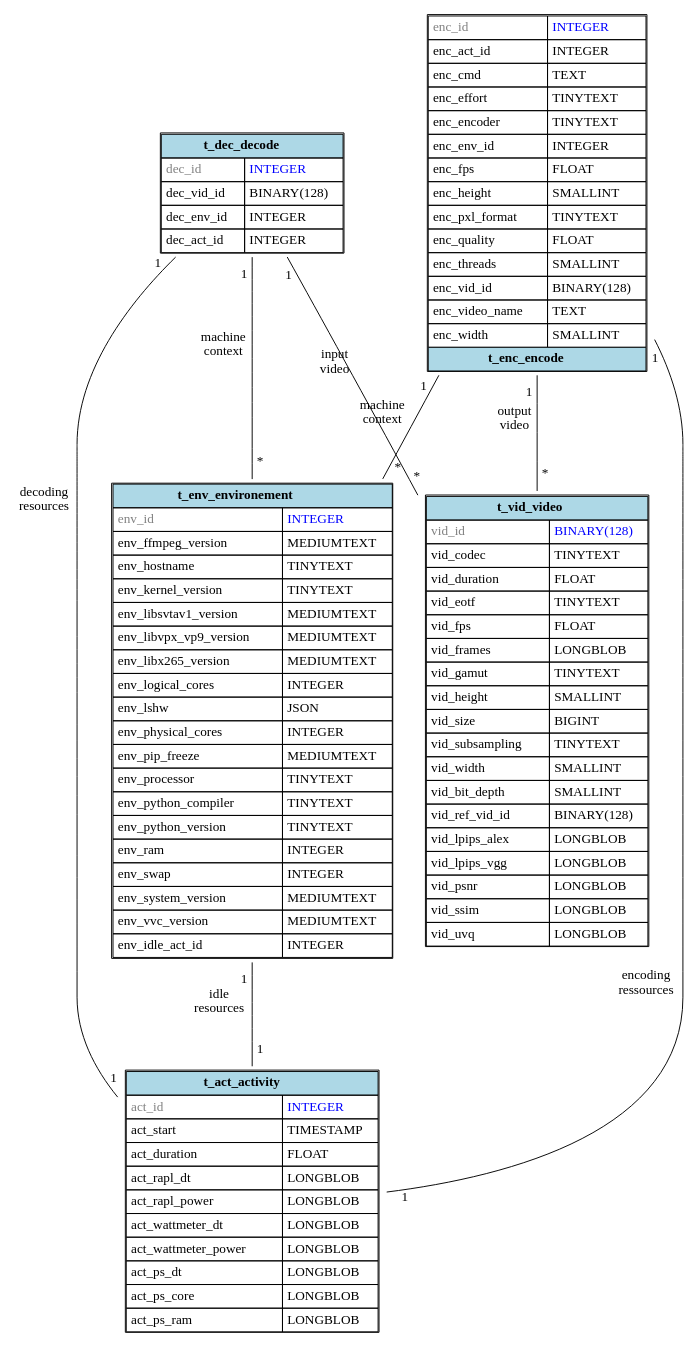
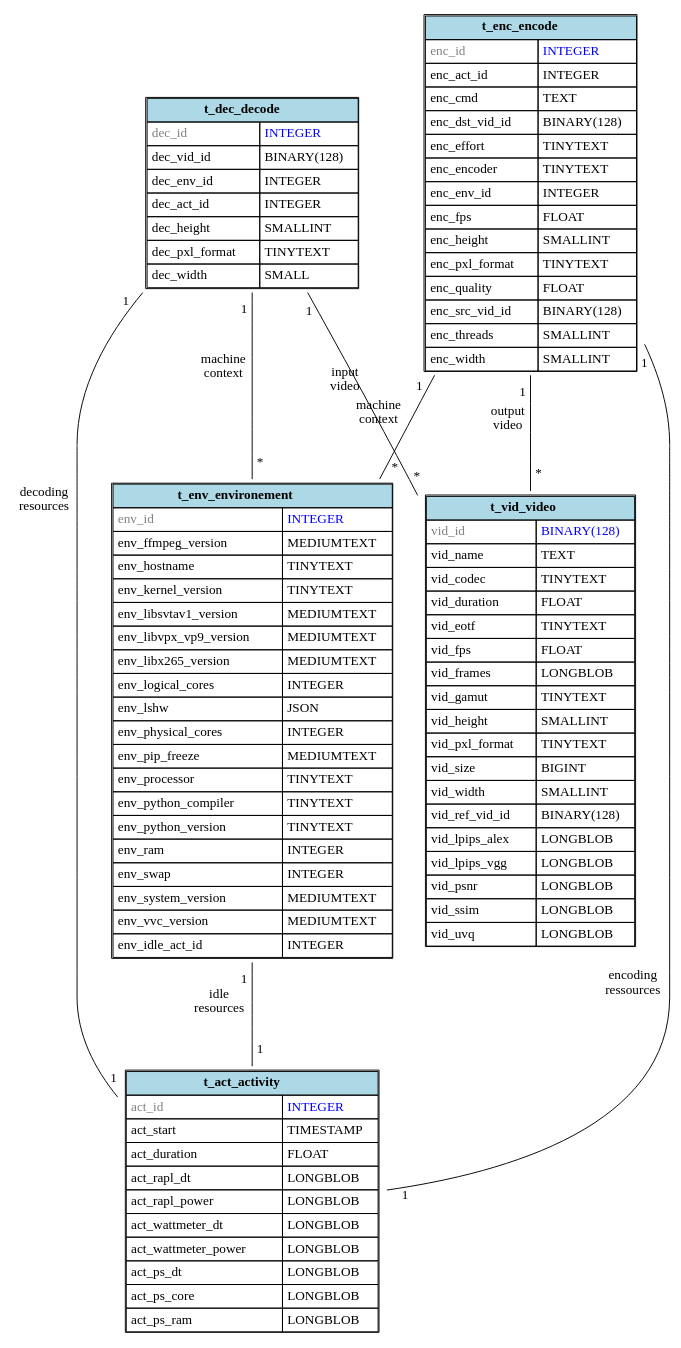
The diagram in docs/images/database.dot (robinechuca/mendevi), drawn with Graphviz before and after one commit. The commit also changed 7 other files, not shown here.

Commit message:
link src video while encode

```diff
--- a/docs/images/database.dot
+++ b/docs/images/database.dot
@@ -1,111 +1,114 @@
 # dot -Tsvg database.dot > database.svg
 graph database {
   node [shape=plaintext]
   t_act_activity [
     label=<
       <TABLE BORDER="1" CELLBORDER="1" CELLSPACING="0" CELLPADDING="4">
         <TR><TD COLSPAN="2" BGCOLOR="lightblue"><B>t_act_activity</B></TD></TR>
         <TR><TD ALIGN="LEFT"><FONT COLOR="gray">act_id</FONT></TD><TD ALIGN="LEFT"><FONT COLOR="blue">INTEGER</FONT></TD></TR>
         <TR><TD ALIGN="LEFT">act_start</TD><TD ALIGN="LEFT">TIMESTAMP</TD></TR>
         <TR><TD ALIGN="LEFT">act_duration</TD><TD ALIGN="LEFT">FLOAT</TD></TR>
         <TR><TD ALIGN="LEFT">act_rapl_dt</TD><TD ALIGN="LEFT">LONGBLOB</TD></TR>
         <TR><TD ALIGN="LEFT">act_rapl_power</TD><TD ALIGN="LEFT">LONGBLOB</TD></TR>
         <TR><TD ALIGN="LEFT">act_wattmeter_dt</TD><TD ALIGN="LEFT">LONGBLOB</TD></TR>
         <TR><TD ALIGN="LEFT">act_wattmeter_power</TD><TD ALIGN="LEFT">LONGBLOB</TD></TR>
         <TR><TD ALIGN="LEFT">act_ps_dt</TD><TD ALIGN="LEFT">LONGBLOB</TD></TR>
         <TR><TD ALIGN="LEFT">act_ps_core</TD><TD ALIGN="LEFT">LONGBLOB</TD></TR>
         <TR><TD ALIGN="LEFT">act_ps_ram</TD><TD ALIGN="LEFT">LONGBLOB</TD></TR>
       </TABLE>
     >
   ];
   t_vid_video [
     label=<
       <TABLE BORDER="1" CELLBORDER="1" CELLSPACING="0" CELLPADDING="4">
         <TR><TD COLSPAN="2" BGCOLOR="lightblue"><B>t_vid_video</B></TD></TR>
         <TR><TD ALIGN="LEFT"><FONT COLOR="gray">vid_id</FONT></TD><TD ALIGN="LEFT"><FONT COLOR="blue">BINARY(128)</FONT></TD></TR>
+        <TR><TD ALIGN="LEFT">vid_name</TD><TD ALIGN="LEFT">TEXT</TD></TR>
         <TR><TD ALIGN="LEFT">vid_codec</TD><TD ALIGN="LEFT">TINYTEXT</TD></TR>
         <TR><TD ALIGN="LEFT">vid_duration</TD><TD ALIGN="LEFT">FLOAT</TD></TR>
         <TR><TD ALIGN="LEFT">vid_eotf</TD><TD ALIGN="LEFT">TINYTEXT</TD></TR>
         <TR><TD ALIGN="LEFT">vid_fps</TD><TD ALIGN="LEFT">FLOAT</TD></TR>
         <TR><TD ALIGN="LEFT">vid_frames</TD><TD ALIGN="LEFT">LONGBLOB</TD></TR>
         <TR><TD ALIGN="LEFT">vid_gamut</TD><TD ALIGN="LEFT">TINYTEXT</TD></TR>
         <TR><TD ALIGN="LEFT">vid_height</TD><TD ALIGN="LEFT">SMALLINT</TD></TR>
+        <TR><TD ALIGN="LEFT">vid_pxl_format</TD><TD ALIGN="LEFT">TINYTEXT</TD></TR>
         <TR><TD ALIGN="LEFT">vid_size</TD><TD ALIGN="LEFT">BIGINT</TD></TR>
-        <TR><TD ALIGN="LEFT">vid_subsampling</TD><TD ALIGN="LEFT">TINYTEXT</TD></TR>
         <TR><TD ALIGN="LEFT">vid_width</TD><TD ALIGN="LEFT">SMALLINT</TD></TR>
-        <TR><TD ALIGN="LEFT">vid_bit_depth</TD><TD ALIGN="LEFT">SMALLINT</TD></TR>
         <TR><TD ALIGN="LEFT">vid_ref_vid_id</TD><TD ALIGN="LEFT">BINARY(128)</TD></TR>
         <TR><TD ALIGN="LEFT">vid_lpips_alex</TD><TD ALIGN="LEFT">LONGBLOB</TD></TR>
         <TR><TD ALIGN="LEFT">vid_lpips_vgg</TD><TD ALIGN="LEFT">LONGBLOB</TD></TR>
         <TR><TD ALIGN="LEFT">vid_psnr</TD><TD ALIGN="LEFT">LONGBLOB</TD></TR>
         <TR><TD ALIGN="LEFT">vid_ssim</TD><TD ALIGN="LEFT">LONGBLOB</TD></TR>
         <TR><TD ALIGN="LEFT">vid_uvq</TD><TD ALIGN="LEFT">LONGBLOB</TD></TR>
       </TABLE>
     >
   ];
   t_env_environement [
     label=<
       <TABLE BORDER="1" CELLBORDER="1" CELLSPACING="0" CELLPADDING="4">
         <TR><TD COLSPAN="2" BGCOLOR="lightblue"><B>t_env_environement</B></TD></TR>
         <TR><TD ALIGN="LEFT"><FONT COLOR="gray">env_id</FONT></TD><TD ALIGN="LEFT"><FONT COLOR="blue">INTEGER</FONT></TD></TR>
         <TR><TD ALIGN="LEFT">env_ffmpeg_version</TD><TD ALIGN="LEFT">MEDIUMTEXT</TD></TR>
         <TR><TD ALIGN="LEFT">env_hostname</TD><TD ALIGN="LEFT">TINYTEXT</TD></TR>
         <TR><TD ALIGN="LEFT">env_kernel_version</TD><TD ALIGN="LEFT">TINYTEXT</TD></TR>
         <TR><TD ALIGN="LEFT">env_libsvtav1_version</TD><TD ALIGN="LEFT">MEDIUMTEXT</TD></TR>
         <TR><TD ALIGN="LEFT">env_libvpx_vp9_version</TD><TD ALIGN="LEFT">MEDIUMTEXT</TD></TR>
         <TR><TD ALIGN="LEFT">env_libx265_version</TD><TD ALIGN="LEFT">MEDIUMTEXT</TD></TR>
         <TR><TD ALIGN="LEFT">env_logical_cores</TD><TD ALIGN="LEFT">INTEGER</TD></TR>
         <TR><TD ALIGN="LEFT">env_lshw</TD><TD ALIGN="LEFT">JSON</TD></TR>
         <TR><TD ALIGN="LEFT">env_physical_cores</TD><TD ALIGN="LEFT">INTEGER</TD></TR>
         <TR><TD ALIGN="LEFT">env_pip_freeze</TD><TD ALIGN="LEFT">MEDIUMTEXT</TD></TR>
         <TR><TD ALIGN="LEFT">env_processor</TD><TD ALIGN="LEFT">TINYTEXT</TD></TR>
         <TR><TD ALIGN="LEFT">env_python_compiler</TD><TD ALIGN="LEFT">TINYTEXT</TD></TR>
         <TR><TD ALIGN="LEFT">env_python_version</TD><TD ALIGN="LEFT">TINYTEXT</TD></TR>
         <TR><TD ALIGN="LEFT">env_ram</TD><TD ALIGN="LEFT">INTEGER</TD></TR>
         <TR><TD ALIGN="LEFT">env_swap</TD><TD ALIGN="LEFT">INTEGER</TD></TR>
         <TR><TD ALIGN="LEFT">env_system_version</TD><TD ALIGN="LEFT">MEDIUMTEXT</TD></TR>
         <TR><TD ALIGN="LEFT">env_vvc_version</TD><TD ALIGN="LEFT">MEDIUMTEXT</TD></TR>
         <TR><TD ALIGN="LEFT">env_idle_act_id</TD><TD ALIGN="LEFT">INTEGER</TD></TR>
       </TABLE>
     >
   ];
   t_dec_decode [
     label=<
       <TABLE BORDER="1" CELLBORDER="1" CELLSPACING="0" CELLPADDING="4">
         <TR><TD COLSPAN="2" BGCOLOR="lightblue"><B>t_dec_decode</B></TD></TR>
         <TR><TD ALIGN="LEFT"><FONT COLOR="gray">dec_id</FONT></TD><TD ALIGN="LEFT"><FONT COLOR="blue">INTEGER</FONT></TD></TR>
         <TR><TD ALIGN="LEFT">dec_vid_id</TD><TD ALIGN="LEFT">BINARY(128)</TD></TR>
         <TR><TD ALIGN="LEFT">dec_env_id</TD><TD ALIGN="LEFT">INTEGER</TD></TR>
         <TR><TD ALIGN="LEFT">dec_act_id</TD><TD ALIGN="LEFT">INTEGER</TD></TR>
+        <TR><TD ALIGN="LEFT">dec_height</TD><TD ALIGN="LEFT">SMALLINT</TD></TR>
+        <TR><TD ALIGN="LEFT">dec_pxl_format</TD><TD ALIGN="LEFT">TINYTEXT</TD></TR>
+        <TR><TD ALIGN="LEFT">dec_width</TD><TD ALIGN="LEFT">SMALL</TD></TR>
       </TABLE>
     >
   ];
   t_enc_encode [
     label=<
       <TABLE BORDER="1" CELLBORDER="1" CELLSPACING="0" CELLPADDING="4">
+        <TR><TD COLSPAN="2" BGCOLOR="lightblue"><B>t_enc_encode</B></TD></TR>
         <TR><TD ALIGN="LEFT"><FONT COLOR="gray">enc_id</FONT></TD><TD ALIGN="LEFT"><FONT COLOR="blue">INTEGER</FONT></TD></TR>
         <TR><TD ALIGN="LEFT">enc_act_id</TD><TD ALIGN="LEFT">INTEGER</TD></TR>
         <TR><TD ALIGN="LEFT">enc_cmd</TD><TD ALIGN="LEFT">TEXT</TD></TR>
+        <TR><TD ALIGN="LEFT">enc_dst_vid_id</TD><TD ALIGN="LEFT">BINARY(128)</TD></TR>
         <TR><TD ALIGN="LEFT">enc_effort</TD><TD ALIGN="LEFT">TINYTEXT</TD></TR>
         <TR><TD ALIGN="LEFT">enc_encoder</TD><TD ALIGN="LEFT">TINYTEXT</TD></TR>
         <TR><TD ALIGN="LEFT">enc_env_id</TD><TD ALIGN="LEFT">INTEGER</TD></TR>
         <TR><TD ALIGN="LEFT">enc_fps</TD><TD ALIGN="LEFT">FLOAT</TD></TR>
         <TR><TD ALIGN="LEFT">enc_height</TD><TD ALIGN="LEFT">SMALLINT</TD></TR>
         <TR><TD ALIGN="LEFT">enc_pxl_format</TD><TD ALIGN="LEFT">TINYTEXT</TD></TR>
         <TR><TD ALIGN="LEFT">enc_quality</TD><TD ALIGN="LEFT">FLOAT</TD></TR>
+        <TR><TD ALIGN="LEFT">enc_src_vid_id</TD><TD ALIGN="LEFT">BINARY(128)</TD></TR>
         <TR><TD ALIGN="LEFT">enc_threads</TD><TD ALIGN="LEFT">SMALLINT</TD></TR>
-        <TR><TD ALIGN="LEFT">enc_vid_id</TD><TD ALIGN="LEFT">BINARY(128)</TD></TR>
-        <TR><TD ALIGN="LEFT">enc_video_name</TD><TD ALIGN="LEFT">TEXT</TD></TR>
         <TR><TD ALIGN="LEFT">enc_width</TD><TD ALIGN="LEFT">SMALLINT</TD></TR>
-        <TR><TD COLSPAN="2" BGCOLOR="lightblue"><B>t_enc_encode</B></TD></TR>
       </TABLE>
     >
   ];
   t_enc_encode -- t_act_activity [minlen=3, taillabel="1", headlabel="1", xlabel="encoding\nressources", labeldistance=2.0]
   t_enc_encode -- t_env_environement [minlen=3, taillabel="1", headlabel="*", xlabel="machine\ncontext", labeldistance=2.0]
   t_enc_encode -- t_vid_video [minlen=3, taillabel="1", headlabel="*", xlabel="output\nvideo", labeldistance=2.0]
   t_dec_decode -- t_act_activity [minlen=3, taillabel="1", headlabel="1", xlabel="decoding\nresources", labeldistance=2.0]
   t_dec_decode -- t_env_environement [minlen=3, taillabel="1", headlabel="*", xlabel="machine\ncontext", labeldistance=2.0]
   t_dec_decode -- t_vid_video [minlen=3, taillabel="1", headlabel="*", xlabel="input\nvideo", labeldistance=2.0]
   t_env_environement -- t_act_activity [minlen=3, taillabel="1", headlabel="1", xlabel="idle\nresources", labeldistance=2.0]
 }
```
